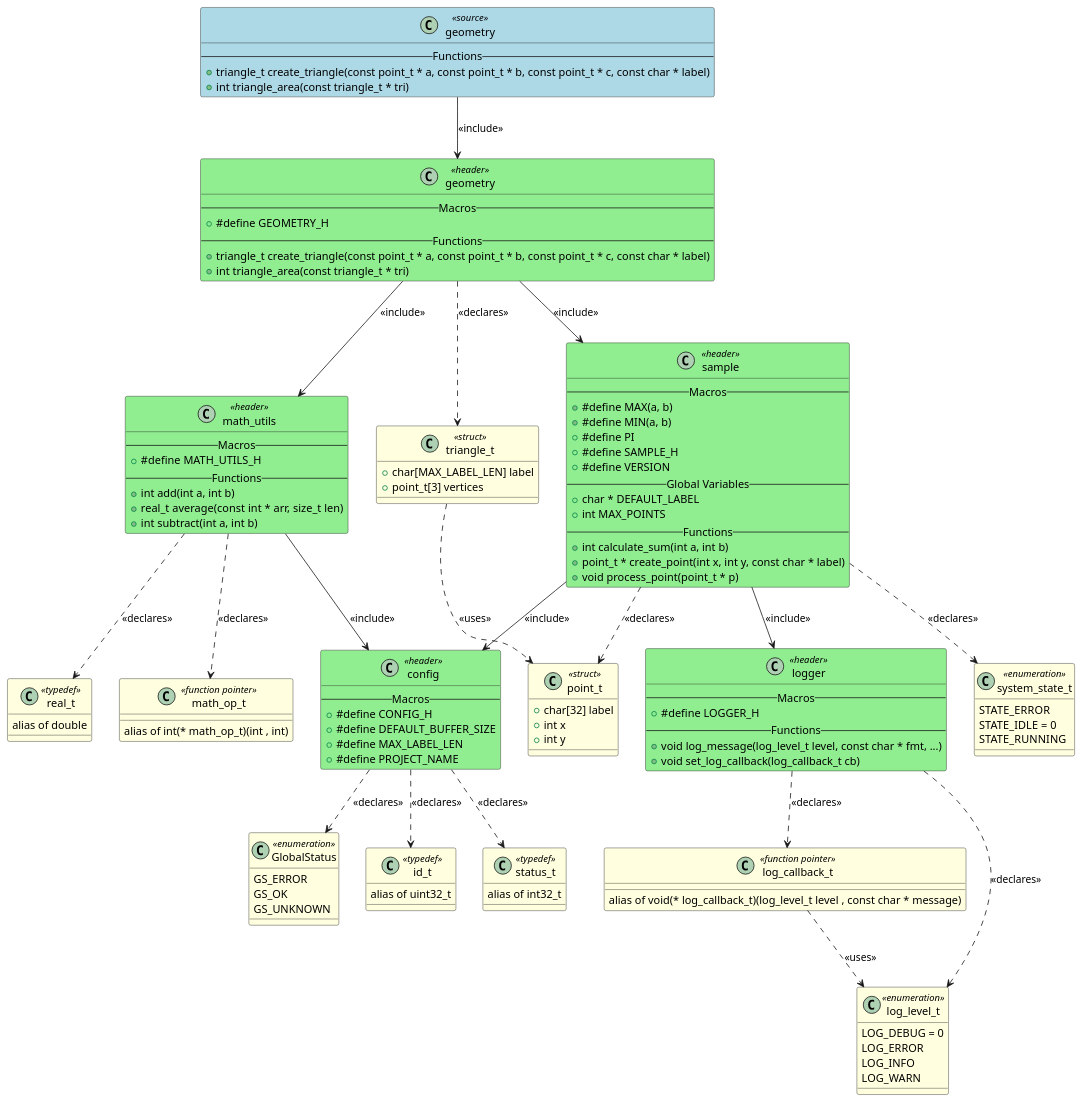
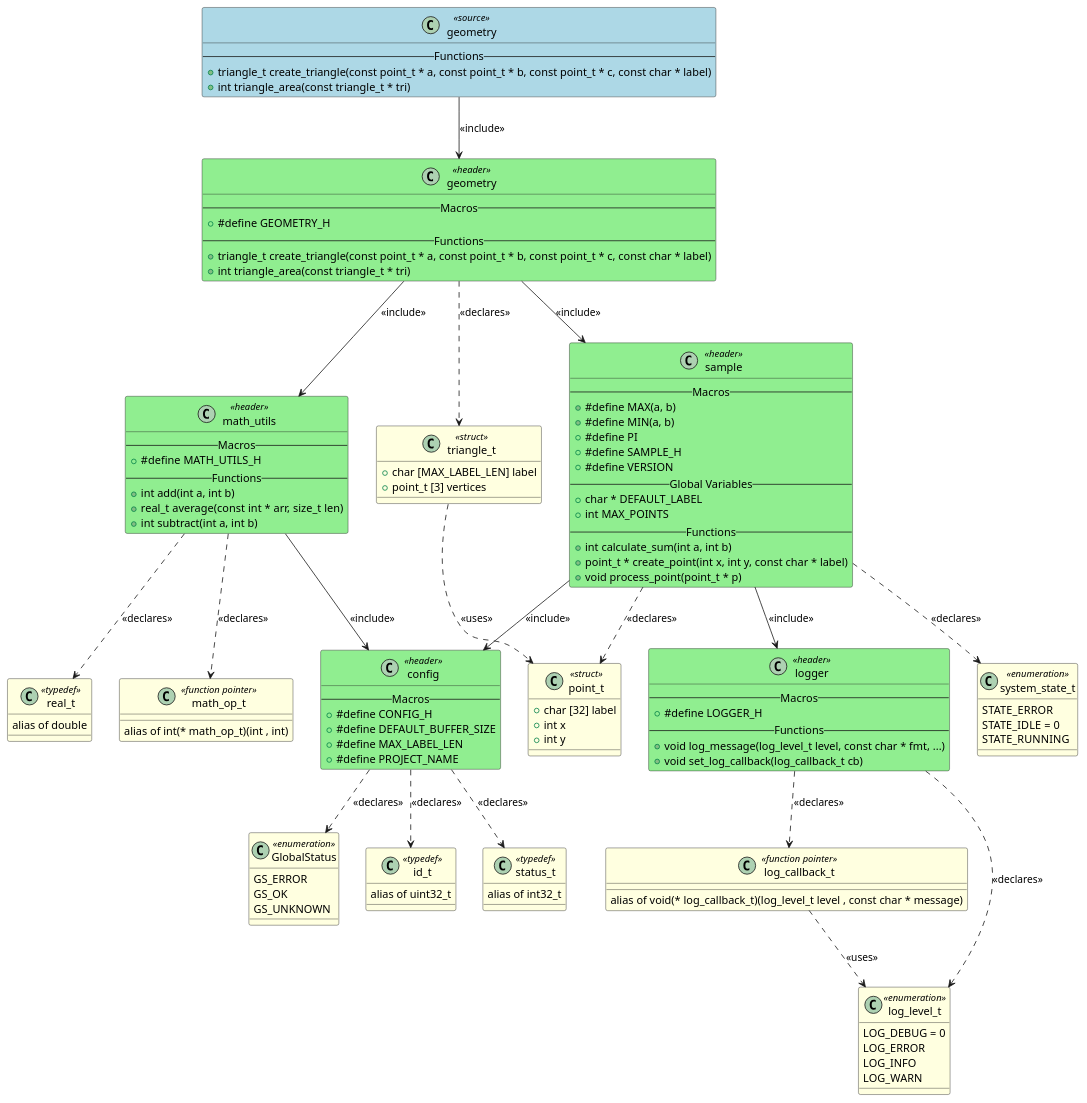
Before and after one commit to fischerjooo/c2puml: the diagram in artifacts/output_example/geometry.puml, drawn with PlantUML. The commit also changed 26 other files, not shown here.

```diff
--- a/artifacts/output_example/geometry.puml
+++ b/artifacts/output_example/geometry.puml
@@ -1,149 +1,149 @@
 @startuml geometry
 
 class "geometry" as GEOMETRY <<source>> #LightBlue
 {
     -- Functions --
     + triangle_t create_triangle(const point_t * a, const point_t * b, const point_t * c, const char * label)
     + int triangle_area(const triangle_t * tri)
 }
 
 class "config" as HEADER_CONFIG <<header>> #LightGreen
 {
     -- Macros --
     + #define CONFIG_H
     + #define DEFAULT_BUFFER_SIZE
     + #define MAX_LABEL_LEN
     + #define PROJECT_NAME
 }
 
 class "geometry" as HEADER_GEOMETRY <<header>> #LightGreen
 {
     -- Macros --
     + #define GEOMETRY_H
     -- Functions --
     + triangle_t create_triangle(const point_t * a, const point_t * b, const point_t * c, const char * label)
     + int triangle_area(const triangle_t * tri)
 }
 
 class "logger" as HEADER_LOGGER <<header>> #LightGreen
 {
     -- Macros --
     + #define LOGGER_H
     -- Functions --
     + void log_message(log_level_t level, const char * fmt, ...)
     + void set_log_callback(log_callback_t cb)
 }
 
 class "math_utils" as HEADER_MATH_UTILS <<header>> #LightGreen
 {
     -- Macros --
     + #define MATH_UTILS_H
     -- Functions --
     + int add(int a, int b)
     + real_t average(const int * arr, size_t len)
     + int subtract(int a, int b)
 }
 
 class "sample" as HEADER_SAMPLE <<header>> #LightGreen
 {
     -- Macros --
     + #define MAX(a, b)
     + #define MIN(a, b)
     + #define PI
     + #define SAMPLE_H
     + #define VERSION
     -- Global Variables --
     + char * DEFAULT_LABEL
     + int MAX_POINTS
     -- Functions --
     + int calculate_sum(int a, int b)
     + point_t * create_point(int x, int y, const char * label)
     + void process_point(point_t * p)
 }
 
 class "GlobalStatus" as TYPEDEF_GLOBALSTATUS <<enumeration>> #LightYellow
 {
     GS_ERROR
     GS_OK
     GS_UNKNOWN
 }
 
 class "id_t" as TYPEDEF_ID_T <<typedef>> #LightYellow
 {
     alias of uint32_t
 }
 
 class "status_t" as TYPEDEF_STATUS_T <<typedef>> #LightYellow
 {
     alias of int32_t
 }
 
 class "triangle_t" as TYPEDEF_TRIANGLE_T <<struct>> #LightYellow
 {
-    + char[MAX_LABEL_LEN] label
-    + point_t[3] vertices
+    + char [MAX_LABEL_LEN] label
+    + point_t [3] vertices
 }
 
 class "log_level_t" as TYPEDEF_LOG_LEVEL_T <<enumeration>> #LightYellow
 {
     LOG_DEBUG = 0
     LOG_ERROR
     LOG_INFO
     LOG_WARN
 }
 
 class "log_callback_t" as TYPEDEF_LOG_CALLBACK_T <<function pointer>> #LightYellow
 {
     alias of void(* log_callback_t)(log_level_t level , const char * message)
 }
 
 class "math_op_t" as TYPEDEF_MATH_OP_T <<function pointer>> #LightYellow
 {
     alias of int(* math_op_t)(int , int)
 }
 
 class "real_t" as TYPEDEF_REAL_T <<typedef>> #LightYellow
 {
     alias of double
 }
 
 class "point_t" as TYPEDEF_POINT_T <<struct>> #LightYellow
 {
-    + char[32] label
+    + char [32] label
     + int x
     + int y
 }
 
 class "system_state_t" as TYPEDEF_SYSTEM_STATE_T <<enumeration>> #LightYellow
 {
     STATE_ERROR
     STATE_IDLE = 0
     STATE_RUNNING
 }
 
 
 ' Include relationships
 GEOMETRY --> HEADER_GEOMETRY : <<include>>
 HEADER_GEOMETRY --> HEADER_MATH_UTILS : <<include>>
 HEADER_GEOMETRY --> HEADER_SAMPLE : <<include>>
 HEADER_MATH_UTILS --> HEADER_CONFIG : <<include>>
 HEADER_SAMPLE --> HEADER_CONFIG : <<include>>
 HEADER_SAMPLE --> HEADER_LOGGER : <<include>>
 
 ' Declaration relationships
 HEADER_CONFIG ..> TYPEDEF_GLOBALSTATUS : <<declares>>
 HEADER_CONFIG ..> TYPEDEF_ID_T : <<declares>>
 HEADER_CONFIG ..> TYPEDEF_STATUS_T : <<declares>>
 HEADER_GEOMETRY ..> TYPEDEF_TRIANGLE_T : <<declares>>
 HEADER_LOGGER ..> TYPEDEF_LOG_LEVEL_T : <<declares>>
 HEADER_LOGGER ..> TYPEDEF_LOG_CALLBACK_T : <<declares>>
 HEADER_MATH_UTILS ..> TYPEDEF_MATH_OP_T : <<declares>>
 HEADER_MATH_UTILS ..> TYPEDEF_REAL_T : <<declares>>
 HEADER_SAMPLE ..> TYPEDEF_POINT_T : <<declares>>
 HEADER_SAMPLE ..> TYPEDEF_SYSTEM_STATE_T : <<declares>>
 
 ' Uses relationships
 TYPEDEF_TRIANGLE_T ..> TYPEDEF_POINT_T : <<uses>>
 TYPEDEF_LOG_CALLBACK_T ..> TYPEDEF_LOG_LEVEL_T : <<uses>>
 
 @enduml
```
